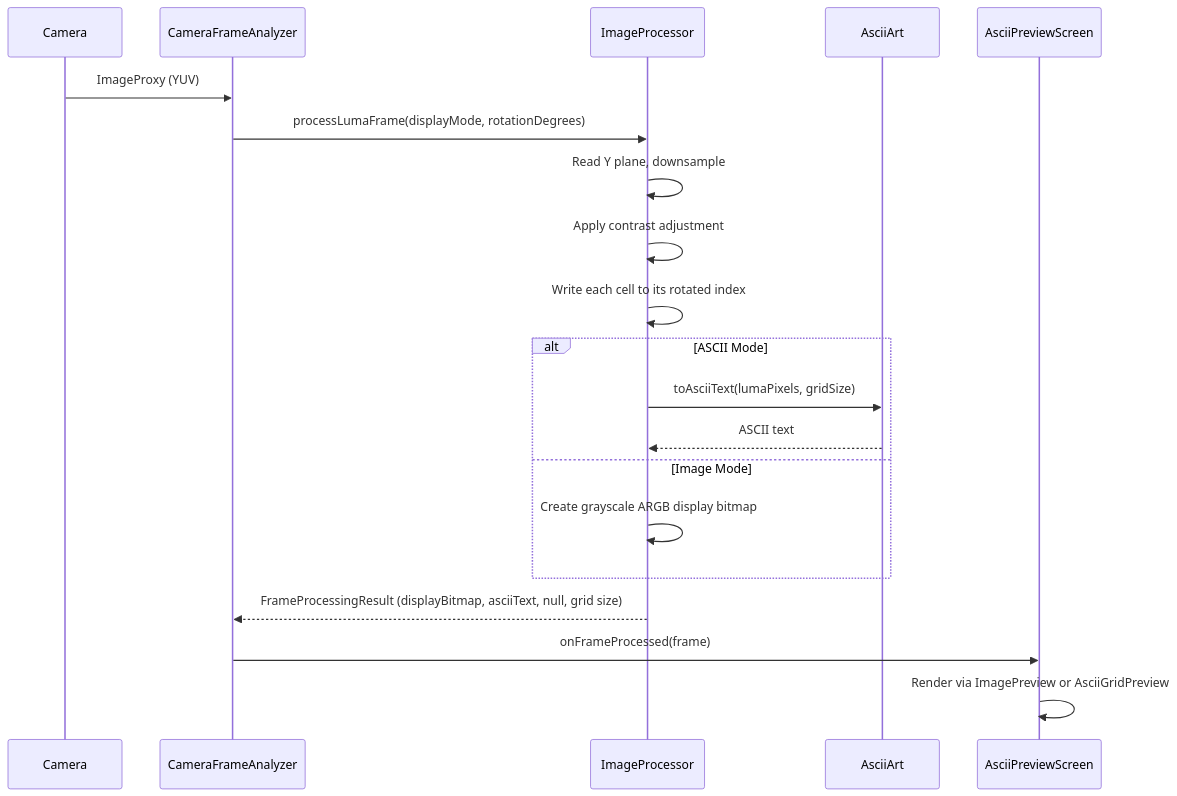
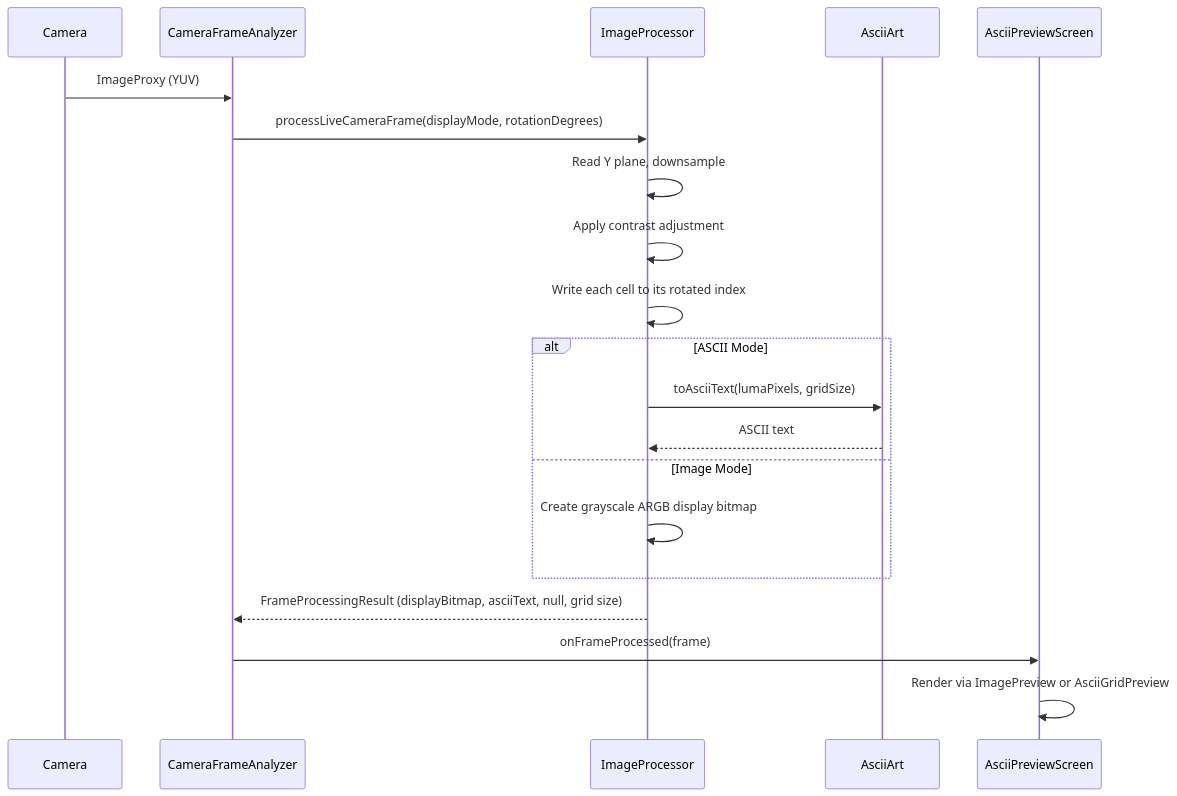
The diagram in docs/sequence-grayscale.mmd (replicant1/AsciiArt), drawn with Mermaid before and after one commit. The commit also changed 12 other files, not shown here.

```diff
--- a/docs/sequence-grayscale.mmd
+++ b/docs/sequence-grayscale.mmd
@@ -1,21 +1,21 @@
 sequenceDiagram
     participant Camera
     participant CFA as CameraFrameAnalyzer
     participant IP as ImageProcessor
     participant AA as AsciiArt
     participant UI as AsciiPreviewScreen
 
     Camera->>CFA: ImageProxy (YUV)
-    CFA->>IP: processLumaFrame(displayMode, rotationDegrees)
+    CFA->>IP: processLiveCameraFrame(displayMode, rotationDegrees)
     IP->>IP: Read Y plane, downsample
     IP->>IP: Apply contrast adjustment
     IP->>IP: Write each cell to its rotated index
     alt ASCII Mode
         IP->>AA: toAsciiText(lumaPixels, gridSize)
         AA-->>IP: ASCII text
     else Image Mode
         IP->>IP: Create grayscale ARGB display bitmap
     end
     IP-->>CFA: FrameProcessingResult (displayBitmap, asciiText, null, grid size)
     CFA->>UI: onFrameProcessed(frame)
     UI->>UI: Render via ImagePreview or AsciiGridPreview
```
